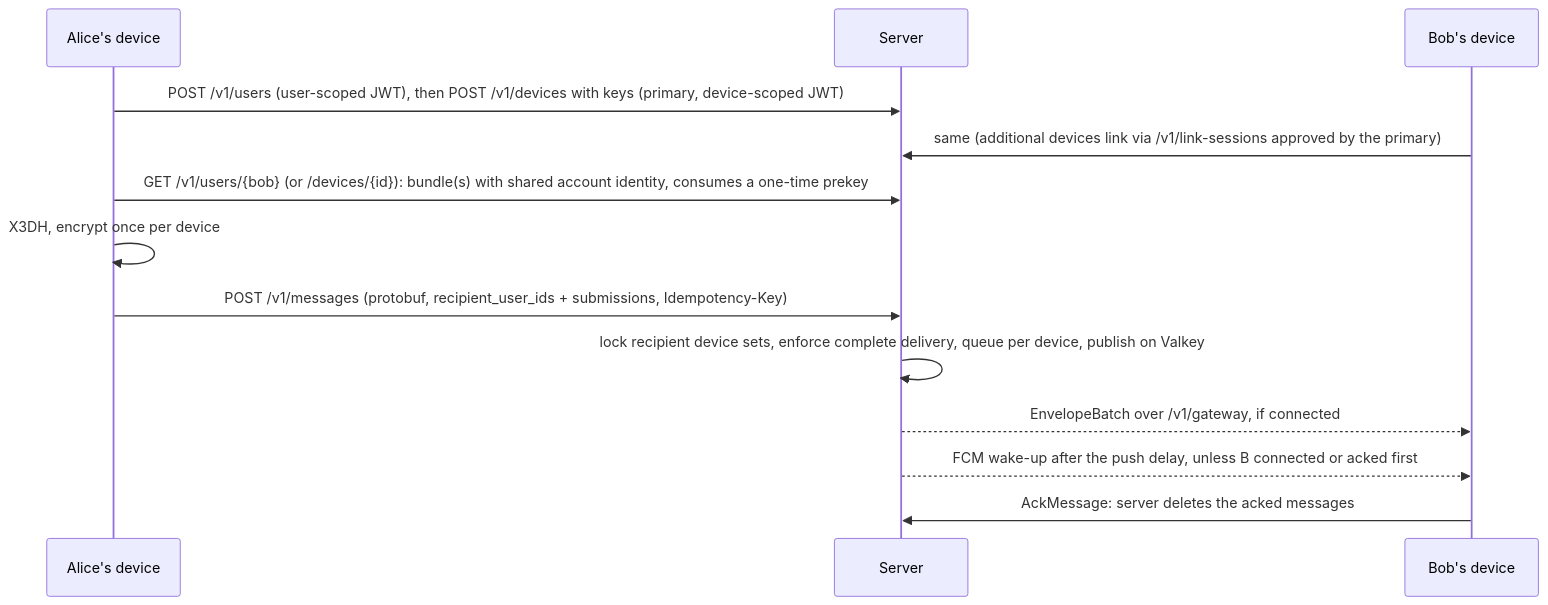
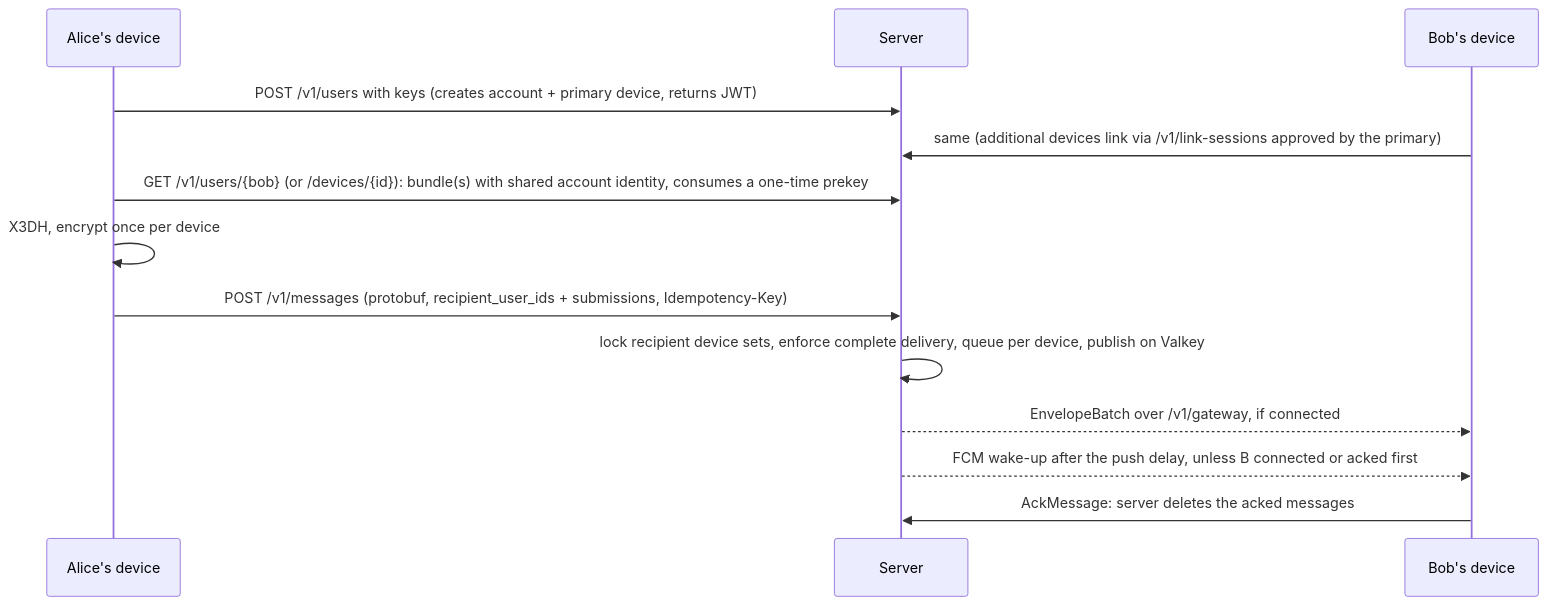
One commit to obscura-messaging/obscura-server changed the diagram in docs/ARCHITECTURE.md. Above: the diagram before and after it, drawn with Mermaid. The commit also changed 39 other files, not shown here.

First line of the commit message:
refactor(auth): eliminate user-scoped tokens and device-less accounts

````diff
--- a/docs/ARCHITECTURE.md
+++ b/docs/ARCHITECTURE.md
@@ -7,16 +7,16 @@
 ```mermaid
 sequenceDiagram
     participant A as Alice's device
     participant S as Server
     participant B as Bob's device
 
-    A->>S: POST /v1/users (user-scoped JWT), then POST /v1/devices with keys (primary, device-scoped JWT)
+    A->>S: POST /v1/users with keys (creates account + primary device, returns JWT)
     B->>S: same (additional devices link via /v1/link-sessions approved by the primary)
     A->>S: GET /v1/users/{bob} (or /devices/{id}): bundle(s) with shared account identity, consumes a one-time prekey
     A->>A: X3DH, encrypt once per device
     A->>S: POST /v1/messages (protobuf, recipient_user_ids + submissions, Idempotency-Key)
     S->>S: lock recipient device sets, enforce complete delivery, queue per device, publish on Valkey
     S-->>B: EnvelopeBatch over /v1/gateway, if connected
     S-->>B: FCM wake-up after the push delay, unless B connected or acked first
     B->>S: AckMessage: server deletes the acked messages
 ```
````
